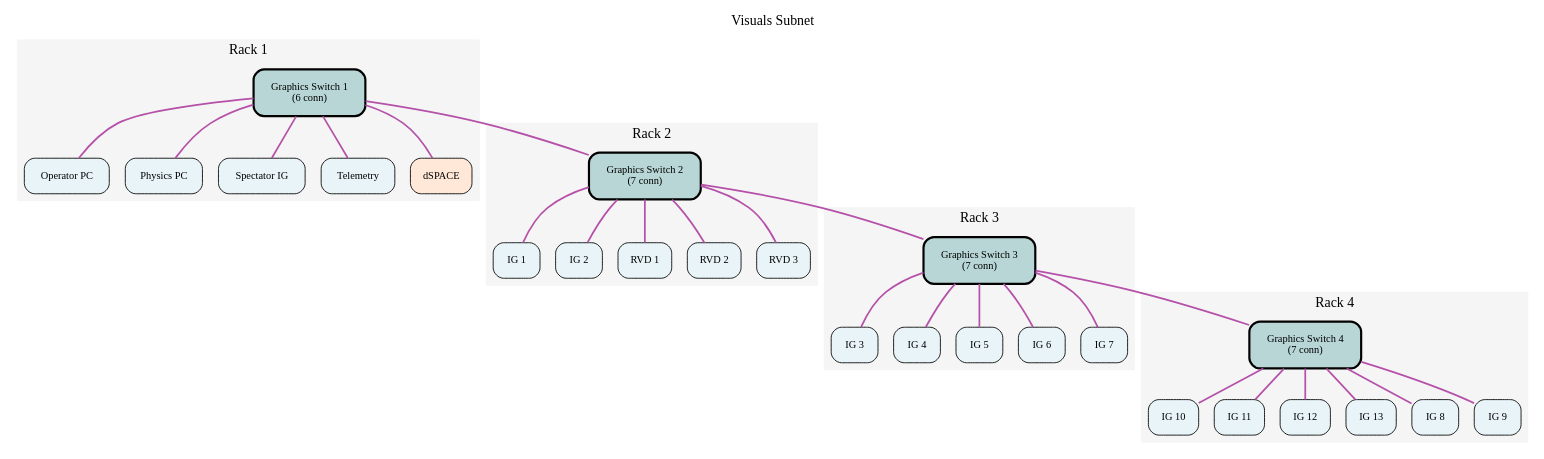
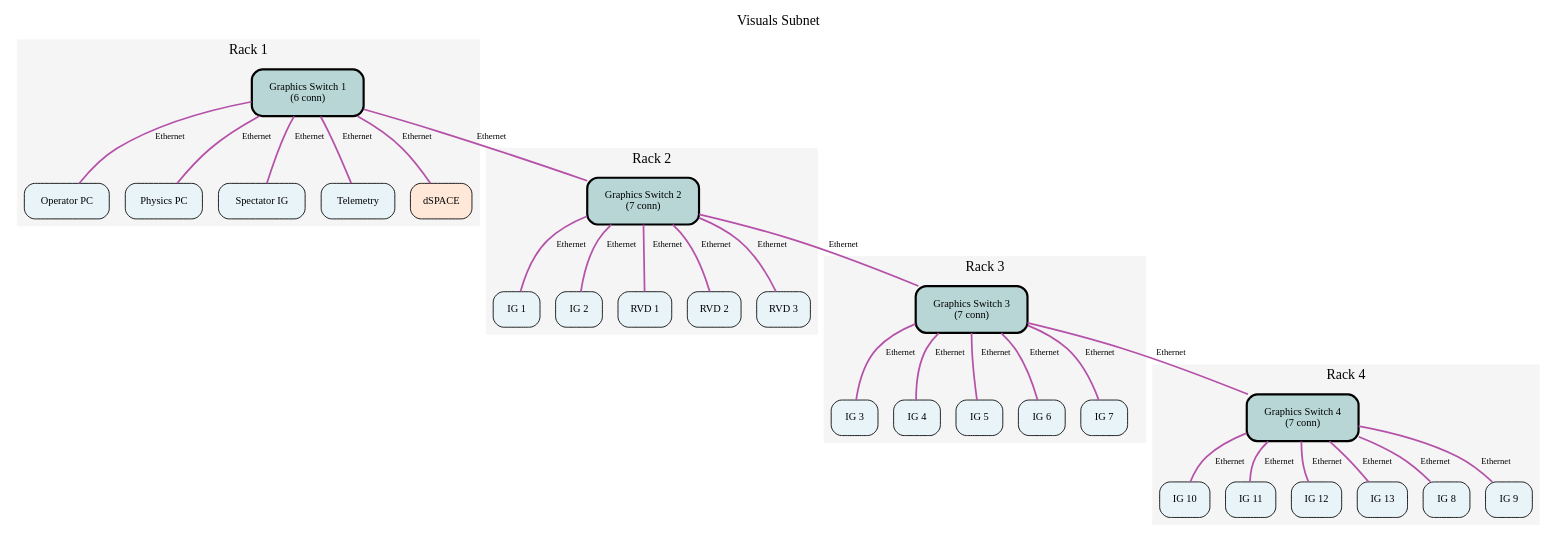
Before and after one commit to BenjiPestell/rack-diagram-demo: the diagram in output/visuals_subnet.dot, drawn with Graphviz. The commit also changed 9 other files, not shown here.

```diff
--- a/output/visuals_subnet.dot
+++ b/output/visuals_subnet.dot
@@ -164,76 +164,76 @@
 
   // Connections
   Graphics_Switch_1 -- Graphics_Switch_2 [
-    color="#b551a9", style=solid, penwidth=2.0
+    color="#b551a9", style=solid, penwidth=2.0, label="   Ethernet", fontsize=10, fontname="Sinkin Sans 400 Regular"
   ];
   Graphics_Switch_2 -- Graphics_Switch_3 [
-    color="#b551a9", style=solid, penwidth=2.0
+    color="#b551a9", style=solid, penwidth=2.0, label="   Ethernet", fontsize=10, fontname="Sinkin Sans 400 Regular"
   ];
   Graphics_Switch_3 -- Graphics_Switch_4 [
-    color="#b551a9", style=solid, penwidth=2.0
+    color="#b551a9", style=solid, penwidth=2.0, label="   Ethernet", fontsize=10, fontname="Sinkin Sans 400 Regular"
   ];
   Graphics_Switch_1 -- Operator_PC [
-    color="#b551a9", style=solid, penwidth=2.0
+    color="#b551a9", style=solid, penwidth=2.0, label="   Ethernet", fontsize=10, fontname="Sinkin Sans 400 Regular"
   ];
   Graphics_Switch_1 -- Physics_PC [
-    color="#b551a9", style=solid, penwidth=2.0
+    color="#b551a9", style=solid, penwidth=2.0, label="   Ethernet", fontsize=10, fontname="Sinkin Sans 400 Regular"
   ];
   Graphics_Switch_1 -- Spectator_IG [
-    color="#b551a9", style=solid, penwidth=2.0
+    color="#b551a9", style=solid, penwidth=2.0, label="   Ethernet", fontsize=10, fontname="Sinkin Sans 400 Regular"
   ];
   Graphics_Switch_1 -- Telemetry [
-    color="#b551a9", style=solid, penwidth=2.0
+    color="#b551a9", style=solid, penwidth=2.0, label="   Ethernet", fontsize=10, fontname="Sinkin Sans 400 Regular"
   ];
   Graphics_Switch_1 -- dSPACE [
-    color="#b551a9", style=solid, penwidth=2.0
+    color="#b551a9", style=solid, penwidth=2.0, label="   Ethernet", fontsize=10, fontname="Sinkin Sans 400 Regular"
   ];
   Graphics_Switch_2 -- RVD_1 [
-    color="#b551a9", style=solid, penwidth=2.0
+    color="#b551a9", style=solid, penwidth=2.0, label="   Ethernet", fontsize=10, fontname="Sinkin Sans 400 Regular"
   ];
   Graphics_Switch_2 -- RVD_2 [
-    color="#b551a9", style=solid, penwidth=2.0
+    color="#b551a9", style=solid, penwidth=2.0, label="   Ethernet", fontsize=10, fontname="Sinkin Sans 400 Regular"
   ];
   Graphics_Switch_2 -- RVD_3 [
-    color="#b551a9", style=solid, penwidth=2.0
+    color="#b551a9", style=solid, penwidth=2.0, label="   Ethernet", fontsize=10, fontname="Sinkin Sans 400 Regular"
   ];
   Graphics_Switch_2 -- IG_1 [
-    color="#b551a9", style=solid, penwidth=2.0
+    color="#b551a9", style=solid, penwidth=2.0, label="   Ethernet", fontsize=10, fontname="Sinkin Sans 400 Regular"
   ];
   Graphics_Switch_2 -- IG_2 [
-    color="#b551a9", style=solid, penwidth=2.0
+    color="#b551a9", style=solid, penwidth=2.0, label="   Ethernet", fontsize=10, fontname="Sinkin Sans 400 Regular"
   ];
   Graphics_Switch_3 -- IG_3 [
-    color="#b551a9", style=solid, penwidth=2.0
+    color="#b551a9", style=solid, penwidth=2.0, label="   Ethernet", fontsize=10, fontname="Sinkin Sans 400 Regular"
   ];
   Graphics_Switch_3 -- IG_4 [
-    color="#b551a9", style=solid, penwidth=2.0
+    color="#b551a9", style=solid, penwidth=2.0, label="   Ethernet", fontsize=10, fontname="Sinkin Sans 400 Regular"
   ];
   Graphics_Switch_3 -- IG_5 [
-    color="#b551a9", style=solid, penwidth=2.0
+    color="#b551a9", style=solid, penwidth=2.0, label="   Ethernet", fontsize=10, fontname="Sinkin Sans 400 Regular"
   ];
   Graphics_Switch_3 -- IG_6 [
-    color="#b551a9", style=solid, penwidth=2.0
+    color="#b551a9", style=solid, penwidth=2.0, label="   Ethernet", fontsize=10, fontname="Sinkin Sans 400 Regular"
   ];
   Graphics_Switch_3 -- IG_7 [
-    color="#b551a9", style=solid, penwidth=2.0
+    color="#b551a9", style=solid, penwidth=2.0, label="   Ethernet", fontsize=10, fontname="Sinkin Sans 400 Regular"
   ];
   Graphics_Switch_4 -- IG_8 [
-    color="#b551a9", style=solid, penwidth=2.0
+    color="#b551a9", style=solid, penwidth=2.0, label="   Ethernet", fontsize=10, fontname="Sinkin Sans 400 Regular"
   ];
   Graphics_Switch_4 -- IG_9 [
-    color="#b551a9", style=solid, penwidth=2.0
+    color="#b551a9", style=solid, penwidth=2.0, label="   Ethernet", fontsize=10, fontname="Sinkin Sans 400 Regular"
   ];
   Graphics_Switch_4 -- IG_10 [
-    color="#b551a9", style=solid, penwidth=2.0
+    color="#b551a9", style=solid, penwidth=2.0, label="   Ethernet", fontsize=10, fontname="Sinkin Sans 400 Regular"
   ];
   Graphics_Switch_4 -- IG_11 [
-    color="#b551a9", style=solid, penwidth=2.0
+    color="#b551a9", style=solid, penwidth=2.0, label="   Ethernet", fontsize=10, fontname="Sinkin Sans 400 Regular"
   ];
   Graphics_Switch_4 -- IG_12 [
-    color="#b551a9", style=solid, penwidth=2.0
+    color="#b551a9", style=solid, penwidth=2.0, label="   Ethernet", fontsize=10, fontname="Sinkin Sans 400 Regular"
   ];
   Graphics_Switch_4 -- IG_13 [
-    color="#b551a9", style=solid, penwidth=2.0
+    color="#b551a9", style=solid, penwidth=2.0, label="   Ethernet", fontsize=10, fontname="Sinkin Sans 400 Regular"
   ];
 
 }
```
